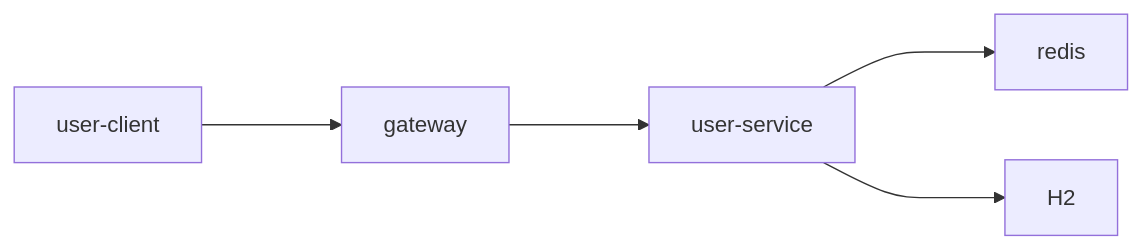
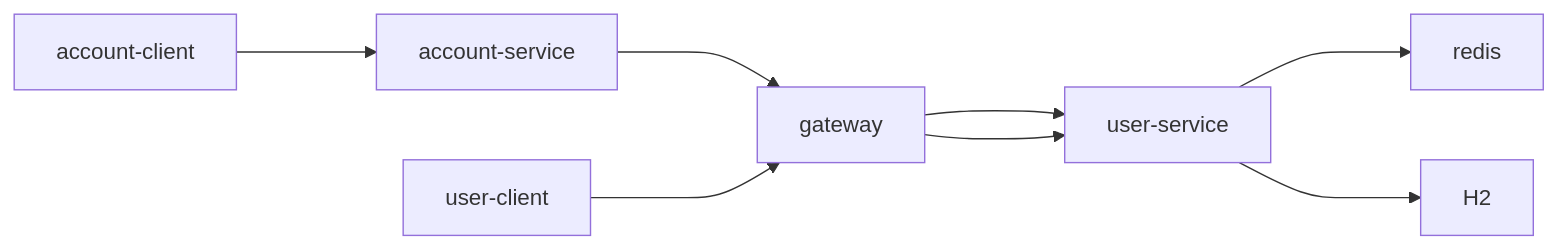
The diagram in README.md (FrankChen021/bithon-demo), drawn with Mermaid before and after one commit. The commit also changed other lines of this file and 22 other files, not shown here.

````diff
--- a/README.md
+++ b/README.md
@@ -7,6 +7,7 @@
 ```mermaid
 flowchart LR
+    account-client ---> account-service ---> gateway ---> user-service
     user-client ---> gateway ---> user-service
     user-service ---> redis
     user-service ---> H2
 ```
````
